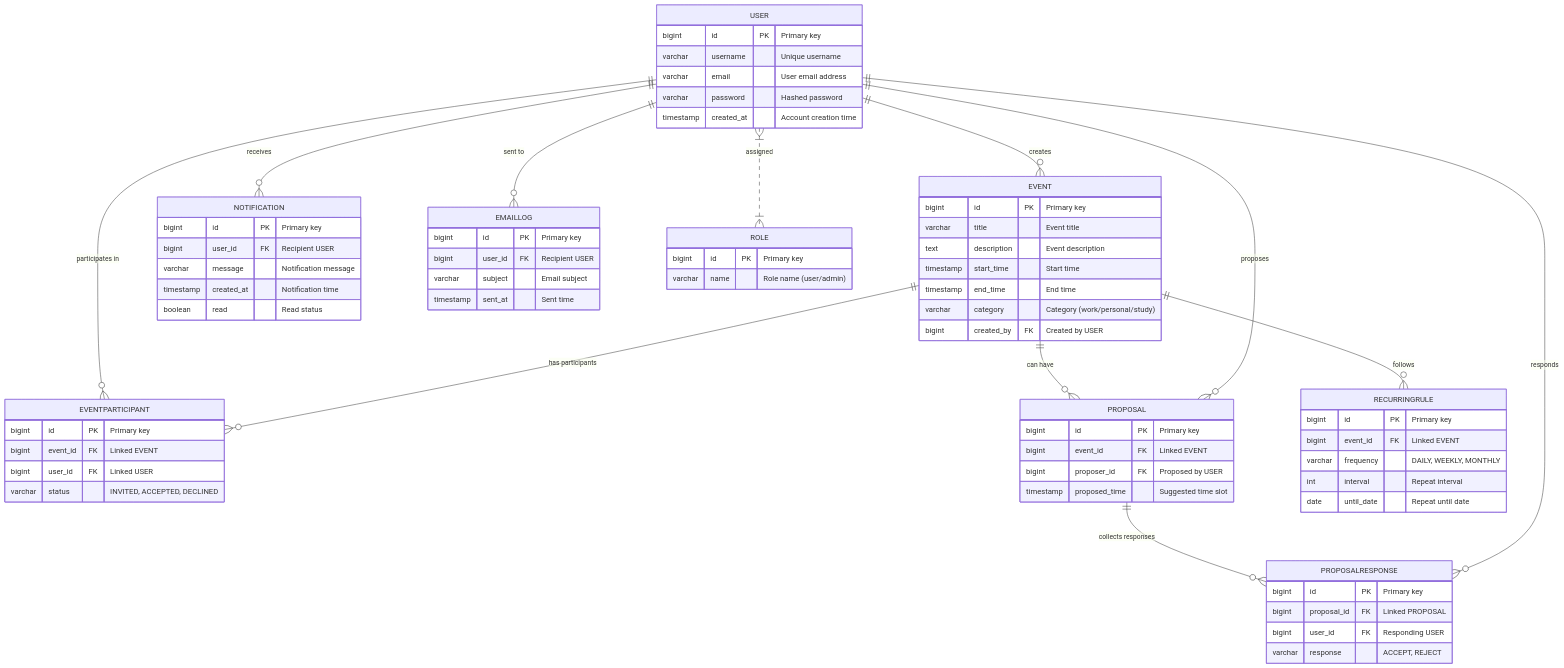
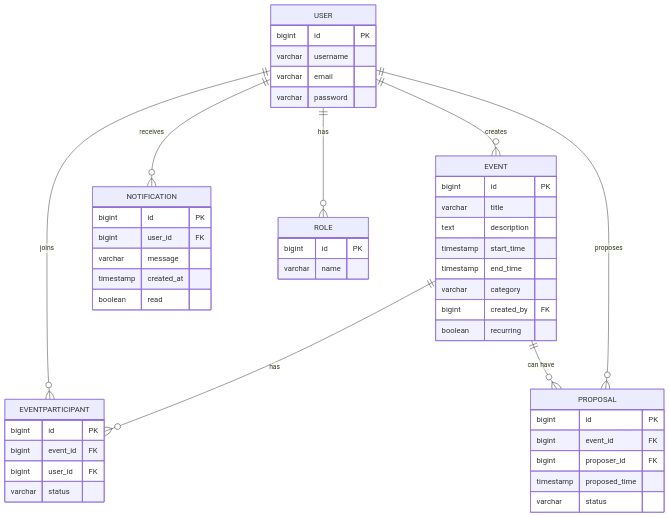
One commit to Sam007Yeah/FSAD_Project_Docs changed the diagram in ENTITIES.md. Above: the diagram before and after it, drawn with Mermaid. The commit also changed other lines of this file, not shown here.

Commit message:
Fixing Entities MD

````diff
--- a/ENTITIES.md
+++ b/ENTITIES.md
@@ -7,81 +7,57 @@
 ```mermaid
 erDiagram
     USER ||--o{ EVENT : "creates"
-    USER ||--o{ EVENTPARTICIPANT : "participates in"
-    EVENT ||--o{ EVENTPARTICIPANT : "has participants"
+    USER ||--o{ EVENTPARTICIPANT : "joins"
+    EVENT ||--o{ EVENTPARTICIPANT : "has"
     EVENT ||--o{ PROPOSAL : "can have"
-    PROPOSAL ||--o{ PROPOSALRESPONSE : "collects responses"
     USER ||--o{ PROPOSAL : "proposes"
-    USER ||--o{ PROPOSALRESPONSE : "responds"
     USER ||--o{ NOTIFICATION : "receives"
-    USER ||--o{ EMAILLOG : "sent to"
-    USER }|..|{ ROLE : "assigned"
-    EVENT ||--o{ RECURRINGRULE : "follows"
+    USER ||--o{ ROLE : "has"
 
     USER {
-      bigint id PK "Primary key"
-      varchar username "Unique username"
-      varchar email "User email address"
-      varchar password "Hashed password"
-      timestamp created_at "Account creation time"
+      bigint id PK
+      varchar username
+      varchar email
+      varchar password
     }
 
     ROLE {
-      bigint id PK "Primary key"
-      varchar name "Role name (user/admin)"
+      bigint id PK
+      varchar name
     }
 
     EVENT {
-      bigint id PK "Primary key"
-      varchar title "Event title"
-      text description "Event description"
-      timestamp start_time "Start time"
-      timestamp end_time "End time"
-      varchar category "Category (work/personal/study)"
-      bigint created_by FK "Created by USER"
+      bigint id PK
+      varchar title
+      text description
+      timestamp start_time
+      timestamp end_time
+      varchar category
+      bigint created_by FK
+      boolean recurring
     }
 
     EVENTPARTICIPANT {
-      bigint id PK "Primary key"
-      bigint event_id FK "Linked EVENT"
-      bigint user_id FK "Linked USER"
-      varchar status "INVITED, ACCEPTED, DECLINED"
-    }
-
-    RECURRINGRULE {
-      bigint id PK "Primary key"
-      bigint event_id FK "Linked EVENT"
-      varchar frequency "DAILY, WEEKLY, MONTHLY"
-      int interval "Repeat interval"
-      date until_date "Repeat until date"
+      bigint id PK
+      bigint event_id FK
+      bigint user_id FK
+      varchar status
     }
 
     PROPOSAL {
-      bigint id PK "Primary key"
-      bigint event_id FK "Linked EVENT"
-      bigint proposer_id FK "Proposed by USER"
-      timestamp proposed_time "Suggested time slot"
-    }
-
-    PROPOSALRESPONSE {
-      bigint id PK "Primary key"
-      bigint proposal_id FK "Linked PROPOSAL"
-      bigint user_id FK "Responding USER"
-      varchar response "ACCEPT, REJECT"
+      bigint id PK
+      bigint event_id FK
+      bigint proposer_id FK
+      timestamp proposed_time
+      varchar status
     }
 
     NOTIFICATION {
-      bigint id PK "Primary key"
-      bigint user_id FK "Recipient USER"
-      varchar message "Notification message"
-      timestamp created_at "Notification time"
-      boolean read "Read status"
+      bigint id PK
+      bigint user_id FK
+      varchar message
+      timestamp created_at
+      boolean read
     }
 
-    EMAILLOG {
-      bigint id PK "Primary key"
-      bigint user_id FK "Recipient USER"
-      varchar subject "Email subject"
-      timestamp sent_at "Sent time"
-    }
 ```
````
